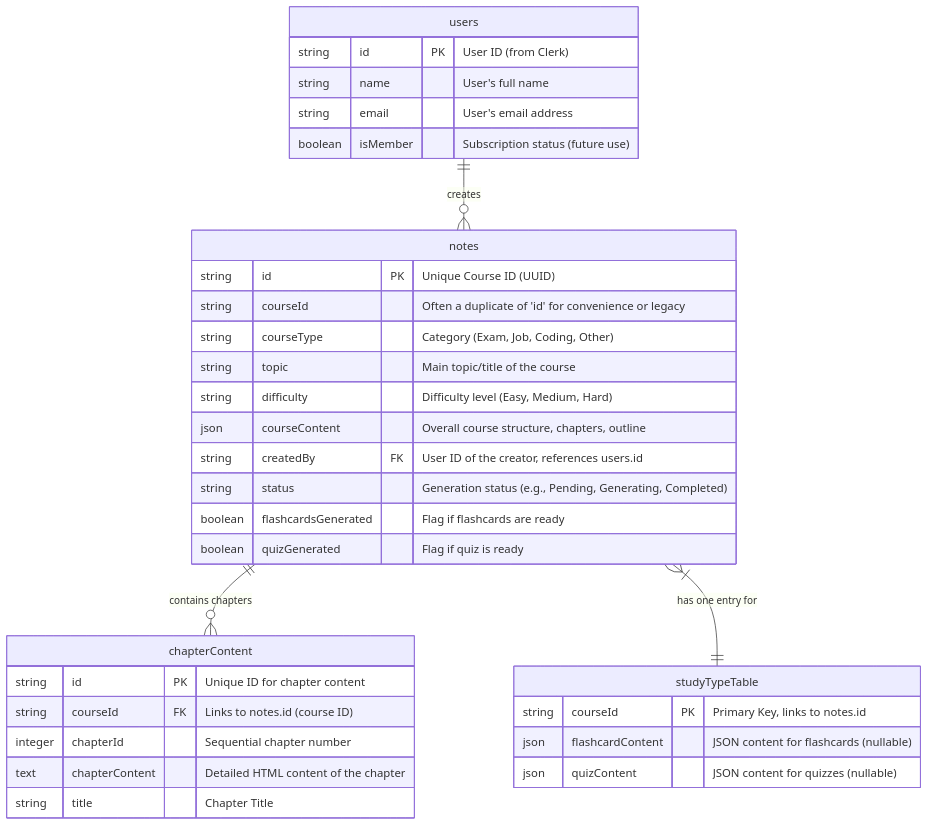
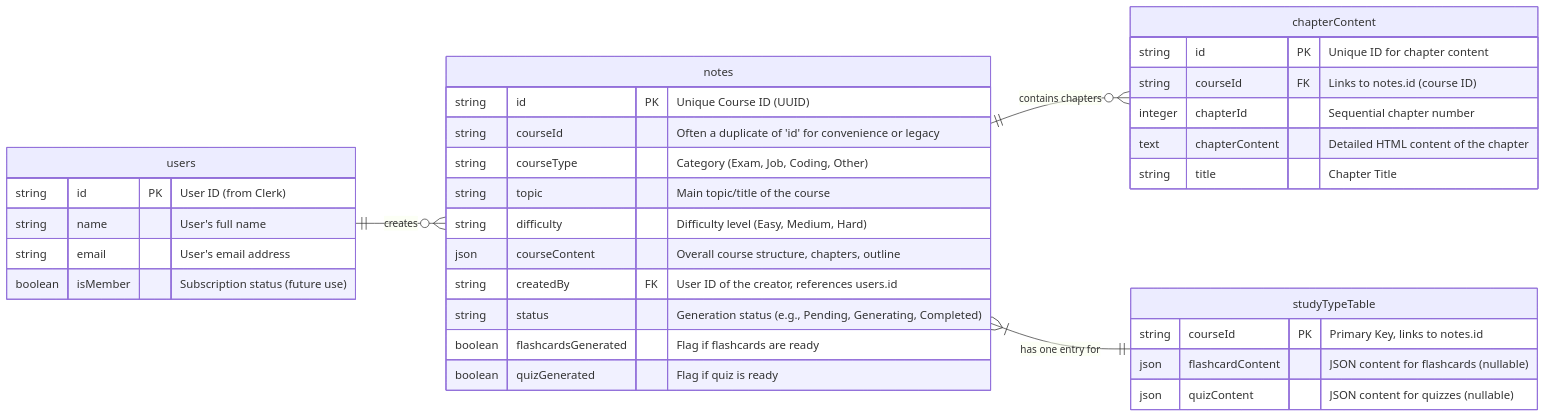
Before and after one commit to ItsRudraksh/studymate-ai: the second of 4 diagrams in README.md, drawn with Mermaid.

Commit message:
fix: Update README to include diagram direction for clarity
- Added 'direction LR' to the mermaid diagram in the README for better visualization of relationships between users, notes, and chapters.

````diff
--- a/README.md
+++ b/README.md
@@ -83,40 +83,42 @@
 ```mermaid
 erDiagram
+    direction LR
+
     users ||--o{ notes : creates
     notes ||--o{ chapterContent : "contains chapters"
     notes }|--|| studyTypeTable : "has one entry for"
 
     users {
         string id PK "User ID (from Clerk)"
         string name "User's full name"
         string email "User's email address"
         boolean isMember "Subscription status (future use)"
     }
 
     notes {
         string id PK "Unique Course ID (UUID)"
         string courseId "Often a duplicate of 'id' for convenience or legacy"
         string courseType "Category (Exam, Job, Coding, Other)"
         string topic "Main topic/title of the course"
         string difficulty "Difficulty level (Easy, Medium, Hard)"
         json courseContent "Overall course structure, chapters, outline"
         string createdBy FK "User ID of the creator, references users.id"
         string status "Generation status (e.g., Pending, Generating, Completed)"
         boolean flashcardsGenerated "Flag if flashcards are ready"
         boolean quizGenerated "Flag if quiz is ready"
     }
 
     chapterContent {
         string id PK "Unique ID for chapter content"
         string courseId FK "Links to notes.id (course ID)"
         integer chapterId "Sequential chapter number"
         text chapterContent "Detailed HTML content of the chapter"
         string title "Chapter Title"
     }
 
     studyTypeTable {
         string courseId PK "Primary Key, links to notes.id"
         json flashcardContent "JSON content for flashcards (nullable)"
         json quizContent "JSON content for quizzes (nullable)"
     }
 ```
````
